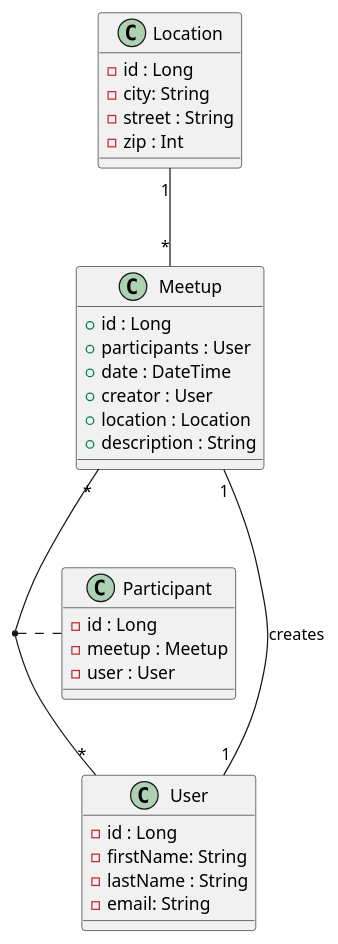
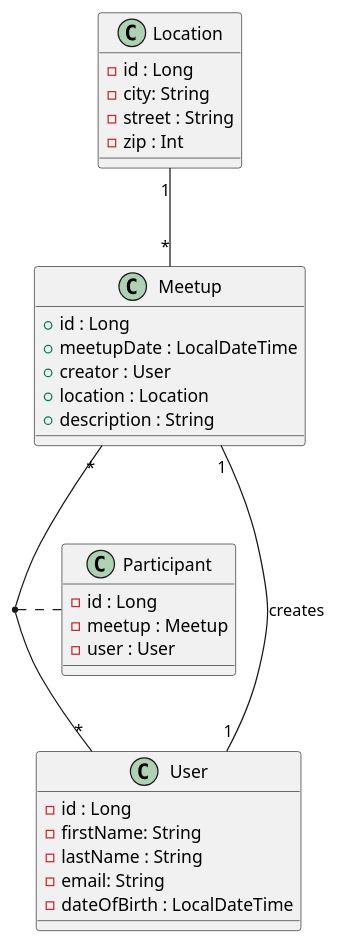
Before and after one commit to 2223-3bhif-syp/02-projekte-mopedmeetup: the diagram in asciidocs/puml/Klassendiagramm.puml, drawn with PlantUML.

Commit message:
Updated cld

```diff
--- a/asciidocs/puml/Klassendiagramm.puml
+++ b/asciidocs/puml/Klassendiagramm.puml
@@ -1,37 +1,37 @@
 @startuml
 class User {
     - id : Long
     - firstName: String
     - lastName : String
     - email: String
+    - dateOfBirth : LocalDateTime
 }
 class Meetup {
     + id : Long
-    + participants : User
-    + date : DateTime
+    + meetupDate : LocalDateTime
     + creator : User
     + location : Location
     + description : String
 }
 
 class Location {
     - id : Long
     - city: String
     - street : String
     - zip : Int
 }
 
 class Participant {
     - id : Long
     - meetup : Meetup
     - user : User
 }
 
 
 
 Location "1"--"*" Meetup : ""
 Meetup "1"--"1" User : "creates"
 Meetup "*"--"*" User : ""
 (User, Meetup) .. Participant
 
 @enduml
```
